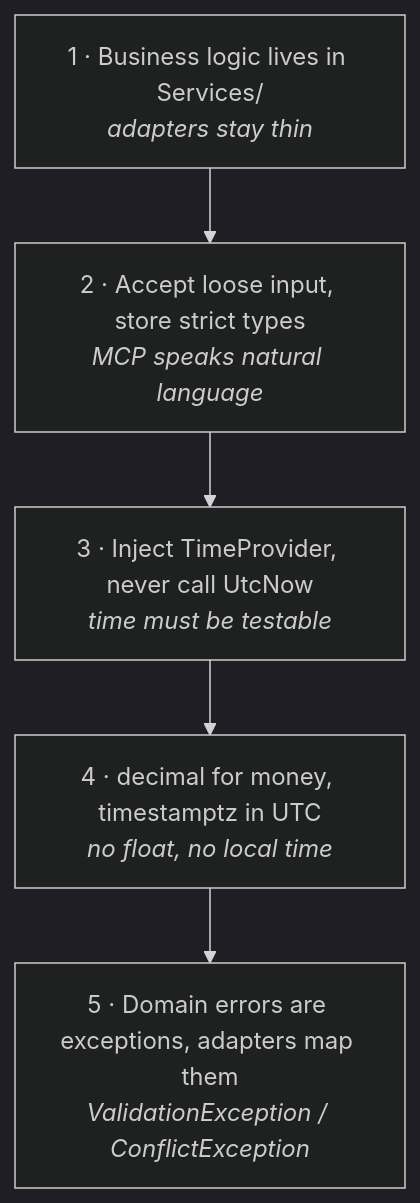
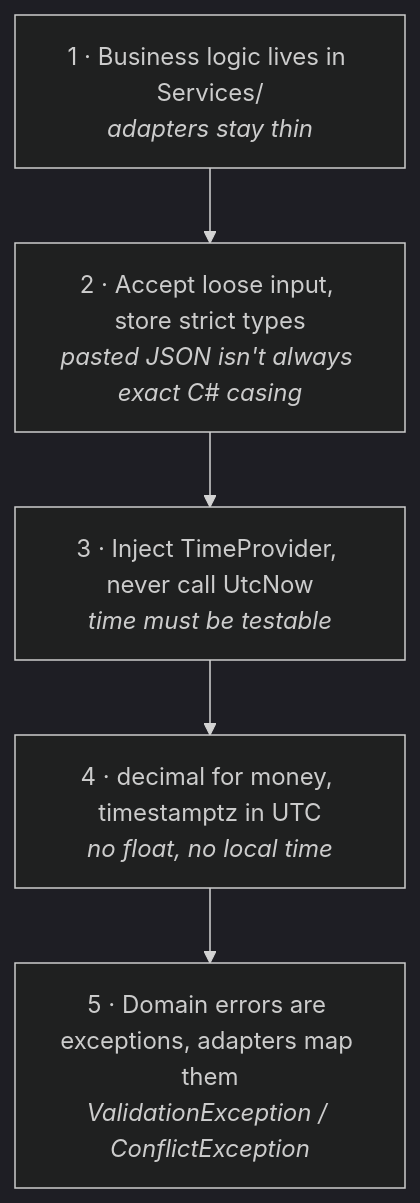
The first of 2 diagrams in docs/conventions.md (Darkamui/StonkWatch), drawn with Mermaid (dark theme) before and after one commit. The commit also changed other lines of this file and 30 other files, not shown here.

First line of the commit message:
Replace add/update candidate forms with JSON paste; drop MCP server

````diff
--- a/docs/conventions.md
+++ b/docs/conventions.md
@@ -7,9 +7,9 @@
 ```mermaid
 flowchart TB
     R1["1 · Business logic lives in Services/<br/><i>adapters stay thin</i>"]
-    R2["2 · Accept loose input, store strict types<br/><i>MCP speaks natural language</i>"]
+    R2["2 · Accept loose input, store strict types<br/><i>pasted JSON isn't always exact C# casing</i>"]
     R3["3 · Inject TimeProvider, never call UtcNow<br/><i>time must be testable</i>"]
     R4["4 · decimal for money, timestamptz in UTC<br/><i>no float, no local time</i>"]
     R5["5 · Domain errors are exceptions, adapters map them<br/><i>ValidationException / ConflictException</i>"]
     R1 --> R2 --> R3 --> R4 --> R5
 ```
````
